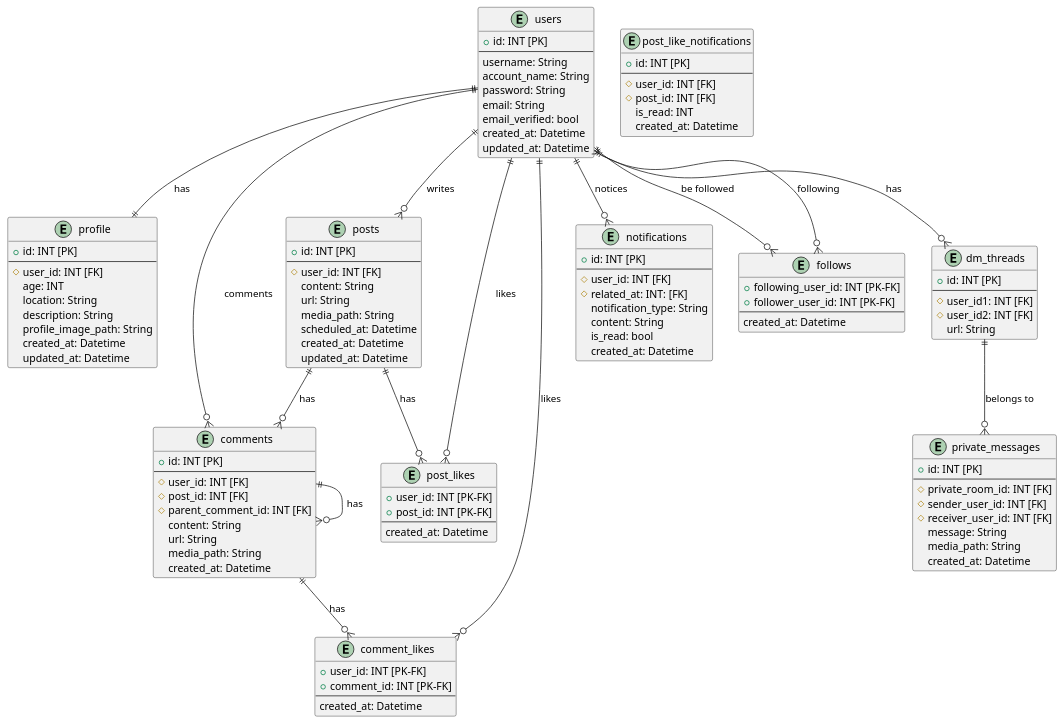
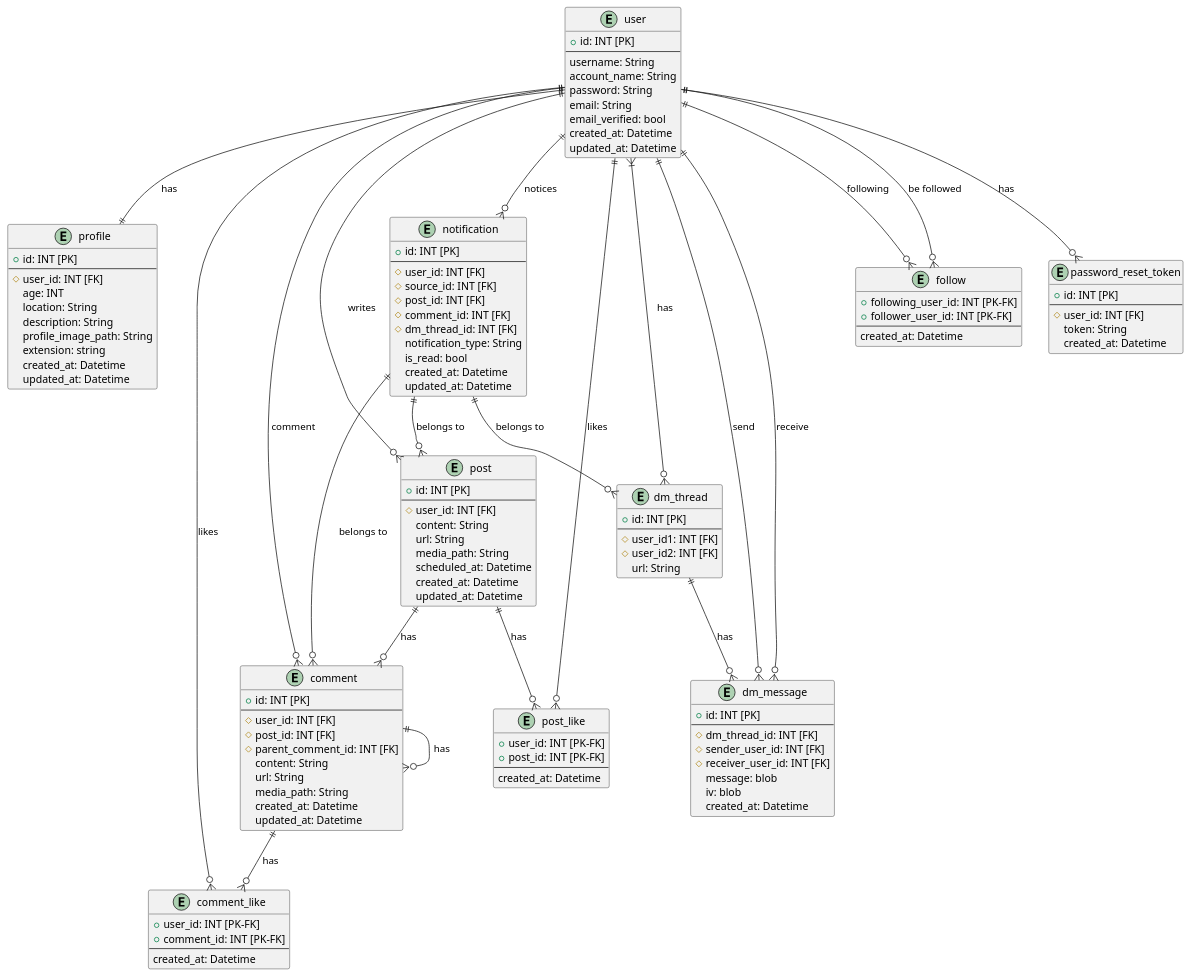
One commit to AkinoJoey/SocialNetworkingService changed the diagram in diagrams/er/er.pu. Above: the diagram before and after it, drawn with PlantUML.

Commit message:
不足していた部分を追記。単数形に修正

```diff
--- a/diagrams/er/er.pu
+++ b/diagrams/er/er.pu
@@ -1,127 +1,137 @@
 @startuml er
 
-Entity users{
+Entity user{
     + id: INT [PK]
     --
     username: String
     account_name: String
     password: String
     email: String
     email_verified: bool
     created_at: Datetime
     updated_at: Datetime
 }
 
 Entity profile{
     + id: INT [PK]
     --
     # user_id: INT [FK]
     age: INT
     location: String
     description: String
     profile_image_path: String
+    extension: string
     created_at: Datetime
     updated_at: Datetime
 }
 
-Entity posts{
+Entity post{
     + id: INT [PK]
     --
     # user_id: INT [FK]
     content: String
     url: String
     media_path: String
     scheduled_at: Datetime
     created_at: Datetime
     updated_at: Datetime
 }
 
-Entity comments{
+Entity comment{
     + id: INT [PK]
     --
     # user_id: INT [FK]
     # post_id: INT [FK]
     # parent_comment_id: INT [FK]
     content: String
     url: String
     media_path: String
     created_at: Datetime
+    updated_at: Datetime
 }
 
-Entity post_likes{
+Entity post_like{
     + user_id: INT [PK-FK]
     + post_id: INT [PK-FK]
     --
     created_at: Datetime
 }
 
-Entity comment_likes{
+Entity comment_like{
     + user_id: INT [PK-FK]
     + comment_id: INT [PK-FK]
     --
     created_at: Datetime
 }
 
-Entity notifications{
+Entity notification{
     + id: INT [PK]
     --
     # user_id: INT [FK]
-    # related_at: INT: [FK]
+    # source_id: INT [FK]
+    # post_id: INT [FK]
+    # comment_id: INT [FK]
+    # dm_thread_id: INT [FK]
     notification_type: String
-    content: String
     is_read: bool
     created_at: Datetime
+    updated_at: Datetime
 }
 
-Entity follows{
+Entity follow{
     + following_user_id: INT [PK-FK]
     + follower_user_id: INT [PK-FK]
     --
     created_at: Datetime
 }
 
-Entity dm_threads{
+Entity dm_thread{
     + id: INT [PK]
     --
     # user_id1: INT [FK]
     # user_id2: INT [FK]
     url: String
 }
 
-Entity private_messages{
+Entity dm_message{
     + id: INT [PK]
     --
-    # private_room_id: INT [FK]
+    # dm_thread_id: INT [FK]
     # sender_user_id: INT [FK]
     # receiver_user_id: INT [FK]
-    message: String
-    media_path: String
+    message: blob
+    iv: blob
     created_at: Datetime
 }
 
-Entity post_like_notifications{
+Entity password_reset_token{
     + id: INT [PK]
     --
     # user_id: INT [FK]
-    # post_id: INT [FK]
-    is_read: INT
+    token: String
     created_at: Datetime
 }
 
 
-users ||--o{ posts: writes
-users ||--o{ comments: comments
-posts ||--o{ comments: has
-posts ||--o{ post_likes: has
-comments ||--o{ comment_likes: has
-comments ||--o{ comments: has
-users ||--o{ follows: following
-users ||--o{ follows: be followed
-users ||--o{ notifications: notices
-users ||--o{ post_likes: likes
-users ||--o{ comment_likes: likes
-users ||--|| profile: has
-users }|--o{ dm_threads: has
-dm_threads ||--o{ private_messages: belongs to 
+user ||--o{ post: writes
+user ||--o{ comment: comment
+post ||--o{ comment: has
+post ||--o{ post_like: has
+comment ||--o{ comment_like: has
+comment ||--o{ comment: has
+user ||--o{ follow: following
+user ||--o{ follow: be followed
+user ||--o{ notification: notices
+notification ||--o{ post: belongs to
+notification ||--o{ comment: belongs to
+notification ||--o{ dm_thread: belongs to
+user ||--o{ post_like: likes
+user ||--o{ comment_like: likes
+user ||--|| profile: has
+user }|--o{ dm_thread: has
+dm_thread ||--o{ dm_message: has
+user ||--o{ password_reset_token: has
+user ||--o{ dm_message: send
+user ||--o{ dm_message: receive
 
 @enduml
```
